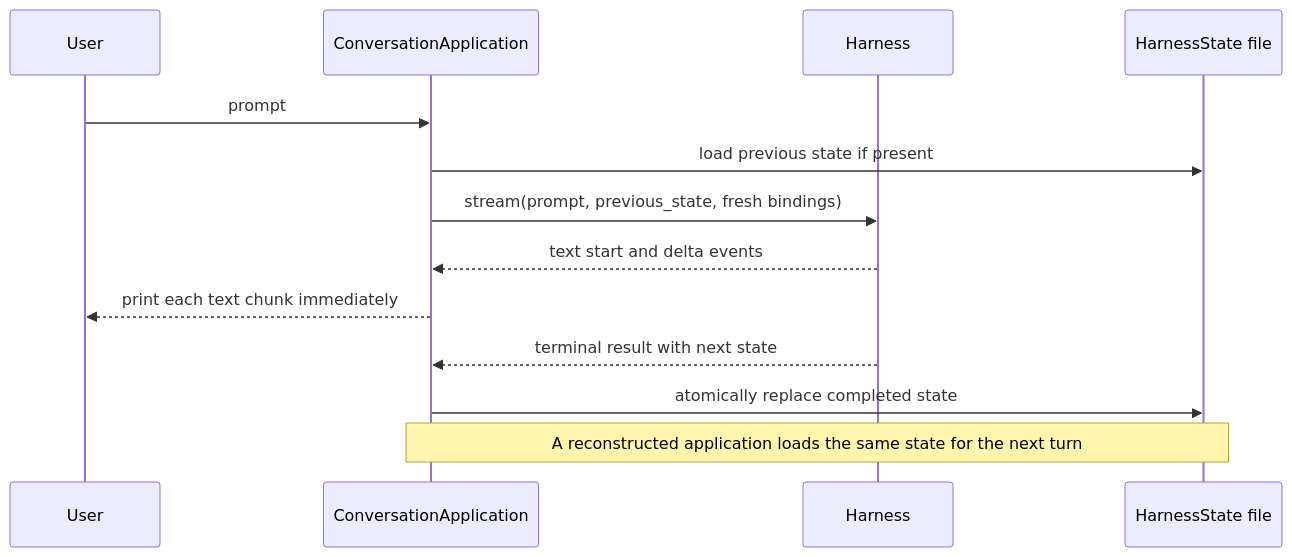
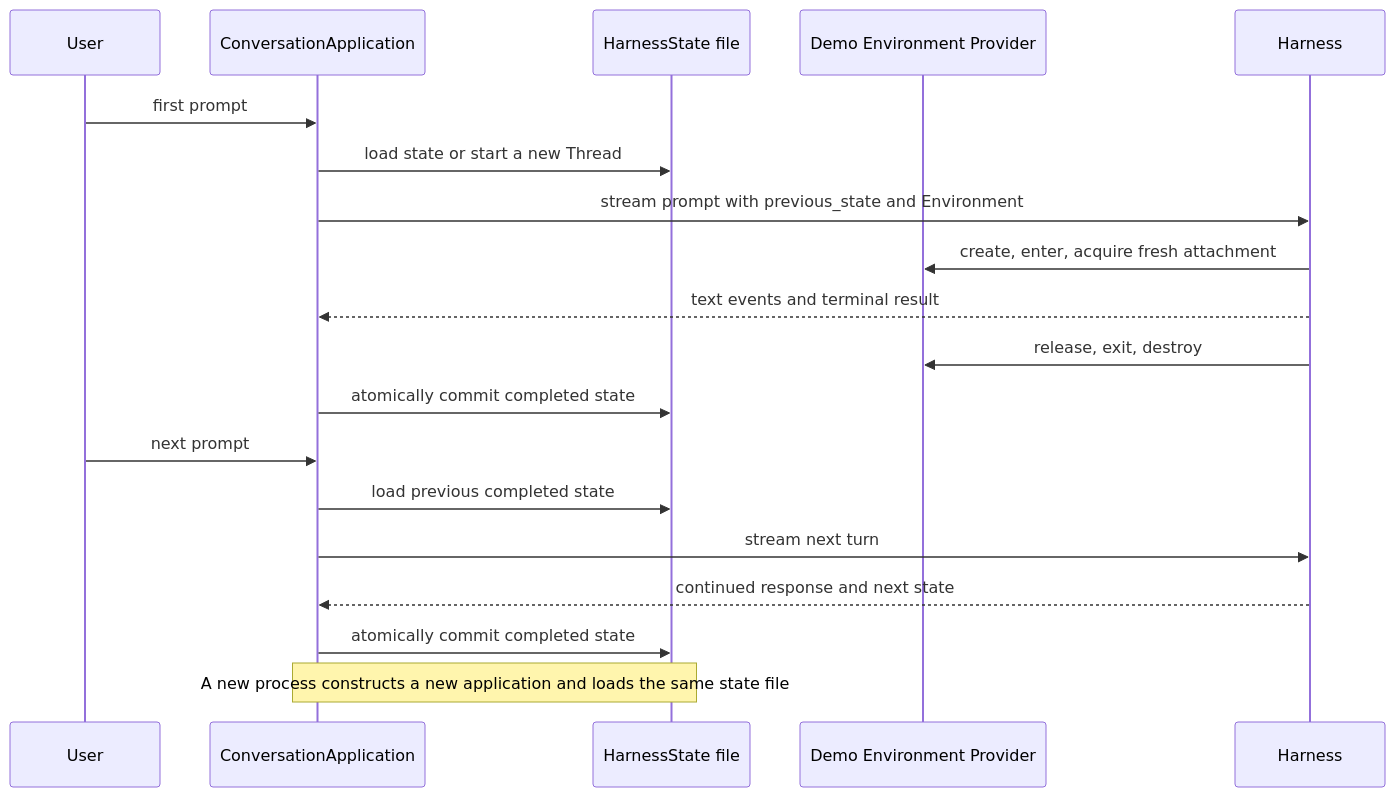
One commit to LTThreeComma/agent-foundation changed the diagram in examples/agent-app/README.md. Above: the diagram before and after it, drawn with Mermaid. The commit also changed other lines of this file and 125 other files, not shown here.

Commit message:
feat: complete Harness runtime and environment contracts (#26)

````diff
--- a/examples/agent-app/README.md
+++ b/examples/agent-app/README.md
@@ -54,16 +51,24 @@
 ```mermaid
 sequenceDiagram
     participant User
     participant App as ConversationApplication
+    participant State as HarnessState file
+    participant Environment as Demo Environment Provider
     participant Harness
-    participant State as HarnessState file
 
-    User->>App: prompt
-    App->>State: load previous state if present
-    App->>Harness: stream(prompt, previous_state, fresh bindings)
-    Harness-->>App: text start and delta events
-    App-->>User: print each text chunk immediately
-    Harness-->>App: terminal result with next state
-    App->>State: atomically replace completed state
-    Note over App,State: A reconstructed application loads the same state for the next turn
+    User->>App: first prompt
+    App->>State: load state or start a new Thread
+    App->>Harness: stream prompt with previous_state and Environment
+    Harness->>Environment: create, enter, acquire fresh attachment
+    Harness-->>App: text events and terminal result
+    Harness->>Environment: release, exit, destroy
+    App->>State: atomically commit completed state
+
+    User->>App: next prompt
+    App->>State: load previous completed state
+    App->>Harness: stream next turn
+    Harness-->>App: continued response and next state
+    App->>State: atomically commit completed state
+
+    Note over App,State: A new process constructs a new application and loads the same state file
 ```
````
